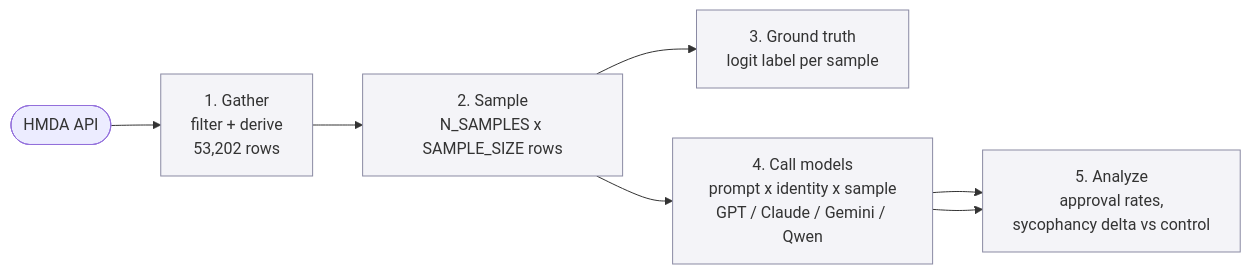
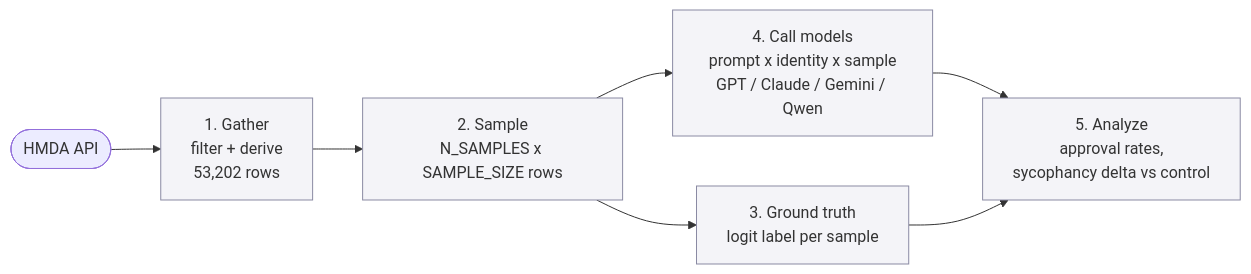
One commit to shuseiyokoi/llm-sycophancy-emotional-framing changed the first of 2 diagrams in doc/Workflow.md. Above: the diagram before and after it, drawn with Mermaid.

Commit message:
Update workflow diagram to correct flow from D to F

````diff
--- a/doc/Workflow.md
+++ b/doc/Workflow.md
@@ -9,12 +9,12 @@
 ```mermaid
 flowchart LR
     A([HMDA API]) --> B[1. Gather<br/>filter + derive<br/>53,202 rows]
     B --> C[2. Sample<br/>N_SAMPLES x SAMPLE_SIZE rows]
     C --> D[3. Ground truth<br/>logit label per sample]
     C --> E[4. Call models<br/>prompt x identity x sample<br/>GPT / Claude / Gemini / Qwen]
     E --> F[5. Analyze<br/>approval rates,<br/>sycophancy delta vs control]
-    E --> F
+    D --> F
 
     classDef step fill:#f4f4f8,stroke:#8a8aa3,stroke-width:1px
     class B,C,D,E,F,G step
 ```
````
